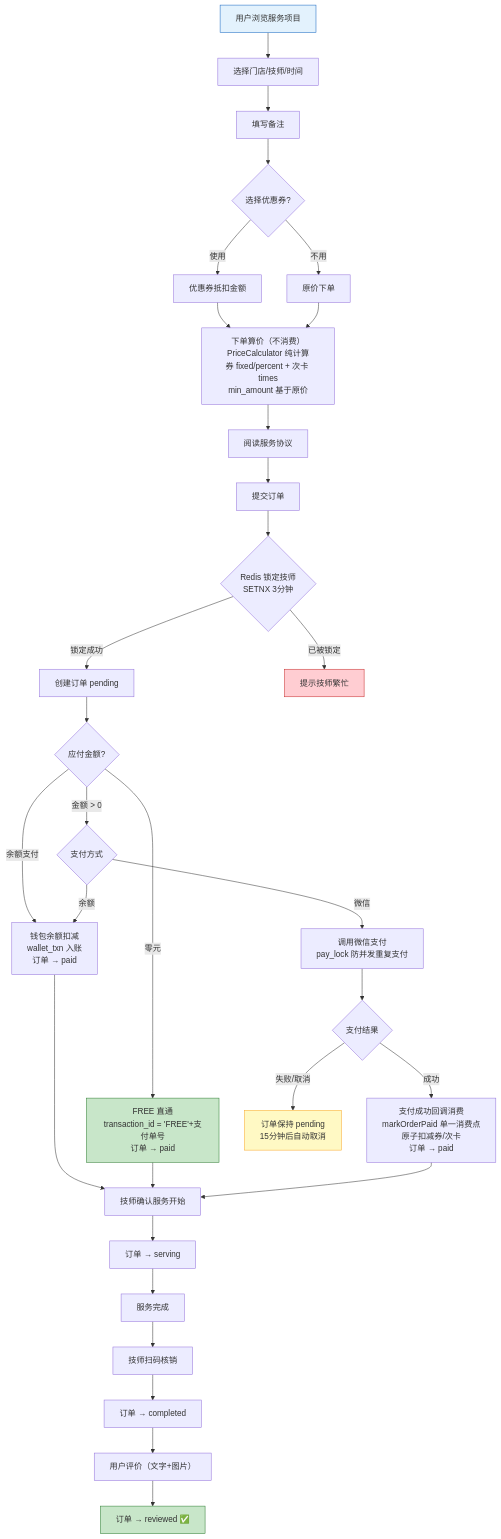
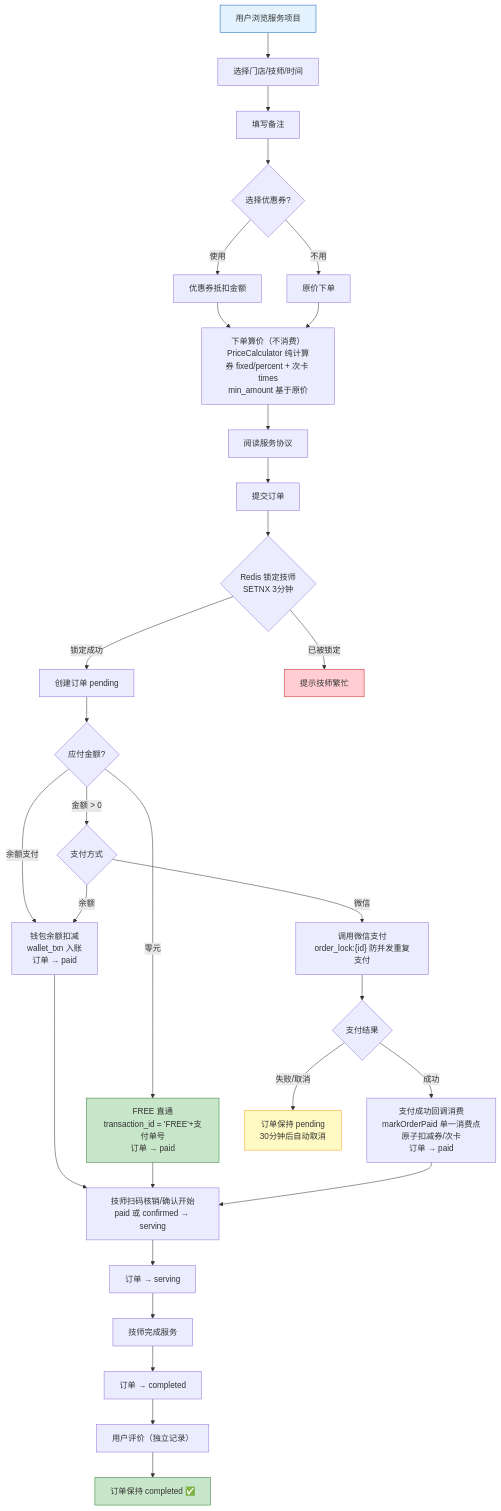
The first of 5 diagrams in docs/diagrams/FLOWCHART.md (erikwang2013/appointment-php), drawn with Mermaid before and after one commit. The commit also changed other lines of this file and 123 other files, not shown here.

First line of the commit message:
修复订单支付并发与鉴权问题，同步文档与图表

````diff
--- a/docs/diagrams/FLOWCHART.md
+++ b/docs/diagrams/FLOWCHART.md
@@ -6,39 +6,38 @@
 ```mermaid
 flowchart TD
     A["用户浏览服务项目"] --> B["选择门店/技师/时间"]
     B --> C["填写备注"]
     C --> D{"选择优惠券?"}
     D -->|"使用"| E["优惠券抵扣金额"]
     D -->|"不用"| F["原价下单"]
     E --> G["下单算价（不消费）<br/>PriceCalculator 纯计算<br/>券 fixed/percent + 次卡 times<br/>min_amount 基于原价"]
     F --> G
     G --> H["阅读服务协议"]
     H --> I["提交订单"]
     I --> J{"Redis 锁定技师<br/>SETNX 3分钟"}
     J -->|"锁定成功"| K["创建订单 pending"]
     J -->|"已被锁定"| L["提示技师繁忙"]
     K --> M{"应付金额?"}
     M -->|"零元"| N["FREE 直通<br/>transaction_id = 'FREE'+支付单号<br/>订单 → paid"]
     M -->|"余额支付"| B1["钱包余额扣减<br/>wallet_txn 入账<br/>订单 → paid"]
     M -->|"金额 > 0"| O{"支付方式"}
-    O -->|"微信"| OW["调用微信支付<br/>pay_lock 防并发重复支付"]
+    O -->|"微信"| OW["调用微信支付<br/>order_lock:{id} 防并发重复支付"]
     O -->|"余额"| B1
     OW --> P{"支付结果"}
     B1 --> S
     P -->|"成功"| Q["支付成功回调消费<br/>markOrderPaid 单一消费点<br/>原子扣减券/次卡<br/>订单 → paid"]
-    P -->|"失败/取消"| R["订单保持 pending<br/>15分钟后自动取消"]
-    N --> S["技师确认服务开始"]
+    P -->|"失败/取消"| R["订单保持 pending<br/>30分钟后自动取消"]
+    N --> S["技师扫码核销/确认开始<br/>paid 或 confirmed → serving"]
     Q --> S
     S --> T["订单 → serving"]
-    T --> U["服务完成"]
-    U --> V["技师扫码核销"]
-    V --> W["订单 → completed"]
-    W --> X["用户评价（文字+图片）"]
-    X --> Y["订单 → reviewed ✅"]
+    T --> U["技师完成服务"]
+    U --> W["订单 → completed"]
+    W --> X["用户评价（独立记录）"]
+    X --> Y["订单保持 completed ✅"]
 
     style A fill:#e3f2fd,stroke:#1565c0,color:#333
     style Y fill:#c8e6c9,stroke:#2e7d32,color:#333
     style L fill:#ffcdd2,stroke:#c62828,color:#333
     style R fill:#fff9c4,stroke:#f9a825,color:#333
     style N fill:#c8e6c9,stroke:#2e7d32,color:#333
 ```
````
